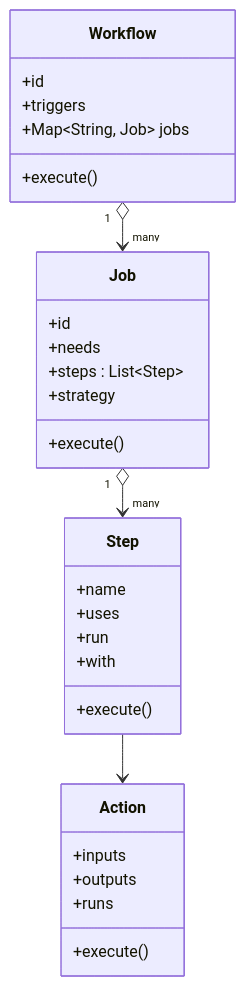
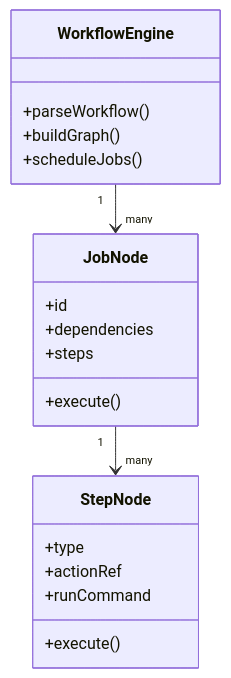
Before and after one commit to VishuKalier2003/System-Design-Components: diagram 18 of 21 in Composite/S02-CompositeBuildGraph/case-studies/GitHub-Actions.md, drawn with Mermaid. The commit also changed other lines of this file, not shown here.

````diff
--- a/Composite/S02-CompositeBuildGraph/case-studies/GitHub-Actions.md
+++ b/Composite/S02-CompositeBuildGraph/case-studies/GitHub-Actions.md
@@ -707,33 +536,25 @@
 ```mermaid
 classDiagram
-    class Workflow {
+    class WorkflowEngine {
+        +parseWorkflow()
+        +buildGraph()
+        +scheduleJobs()
+    }
+
+    class JobNode {
         +id
-        +triggers
-        +Map~String, Job~ jobs
-        +execute()
-    }
-    class Job {
-        +id
-        +needs
-        +steps : List~Step~
-        +strategy
-        +execute()
-    }
-    class Step {
-        +name
-        +uses
-        +run
-        +with
-        +execute()
-    }
-    class Action {
-        +inputs
-        +outputs
-        +runs
+        +dependencies
+        +steps
         +execute()
     }
 
-    Workflow "1" o--> "many" Job
-    Job "1" o--> "many" Step
-    Step --> Action
+    class StepNode {
+        +type
+        +actionRef
+        +runCommand
+        +execute()
+    }
+
+    WorkflowEngine "1" --> "many" JobNode
+    JobNode "1" --> "many" StepNode
 ```
````
